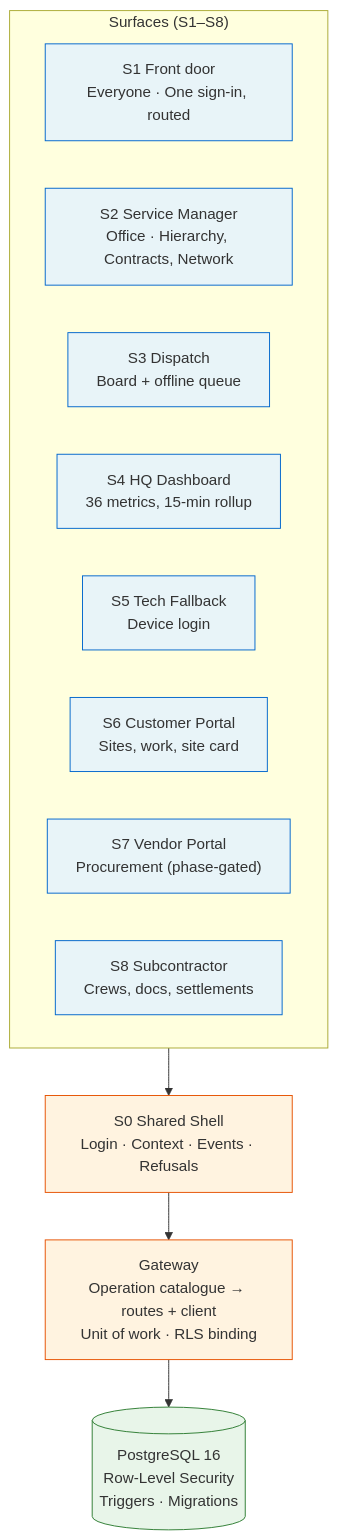
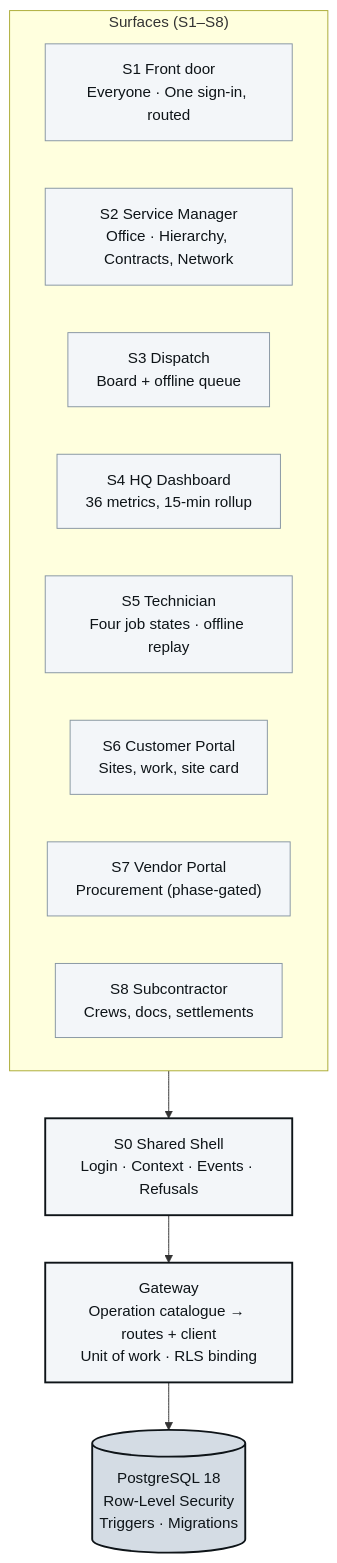
One commit to mellonbot/ac-services-systems changed the first of 2 diagrams in README.md. Above: the diagram before and after it, drawn with Mermaid. The commit also changed other lines of this file and 3 other files, not shown here.

First line of the commit message:
Docs: bring README, diagrams and handoff current — Postgres 18, rollout, Arc Foundry diagrams

````diff
--- a/README.md
+++ b/README.md
@@ -27,28 +27,28 @@
 ```mermaid
 flowchart TB
     subgraph Surfaces["Surfaces (S1–S8)"]
         S1["S1 Front door<br/>Everyone · One sign-in, routed"]
         S2["S2 Service Manager<br/>Office · Hierarchy, Contracts, Network"]
         S3["S3 Dispatch<br/>Board + offline queue"]
         S4["S4 HQ Dashboard<br/>36 metrics, 15-min rollup"]
-        S5["S5 Tech Fallback<br/>Device login"]
+        S5["S5 Technician<br/>Four job states · offline replay"]
         S6["S6 Customer Portal<br/>Sites, work, site card"]
         S7["S7 Vendor Portal<br/>Procurement (phase-gated)"]
         S8["S8 Subcontractor<br/>Crews, docs, settlements"]
     end
 
     S0["S0 Shared Shell<br/>Login · Context · Events · Refusals"]
     GW["Gateway<br/>Operation catalogue → routes + client<br/>Unit of work · RLS binding"]
-    DB[("PostgreSQL 16<br/>Row-Level Security<br/>Triggers · Migrations")]
+    DB[("PostgreSQL 18<br/>Row-Level Security<br/>Triggers · Migrations")]
 
     Surfaces --> S0
     S0 --> GW
     GW --> DB
 
-    classDef surface fill:#e8f4f8,stroke:#0066cc
-    classDef core fill:#fff3e0,stroke:#e65100
-    classDef data fill:#e8f5e9,stroke:#2e7d32
+    classDef surface fill:#F3F6F9,stroke:#8695A2,color:#0E1418
+    classDef core fill:#F3F6F9,stroke:#0E1418,stroke-width:2px,color:#0E1418
+    classDef data fill:#D4DCE4,stroke:#0E1418,stroke-width:2px,color:#0E1418
     class S1,S2,S3,S4,S5,S6,S7,S8 surface
     class S0,GW core
     class DB data
 ```
````
